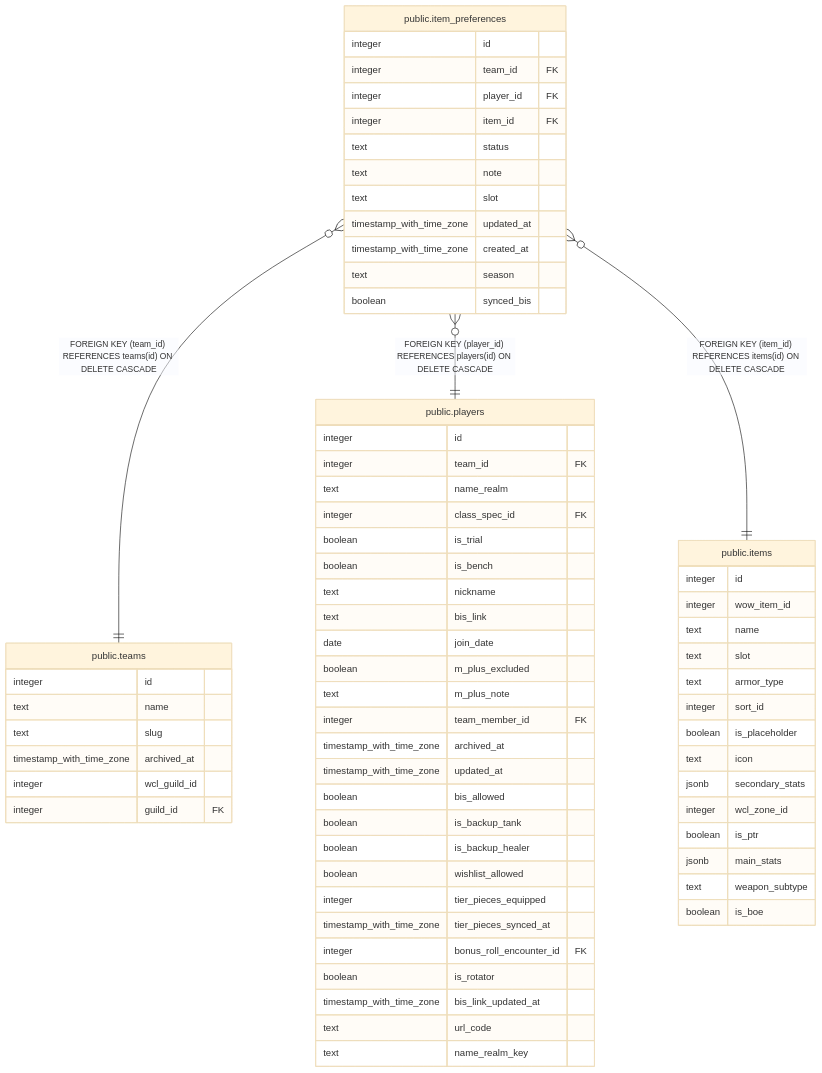
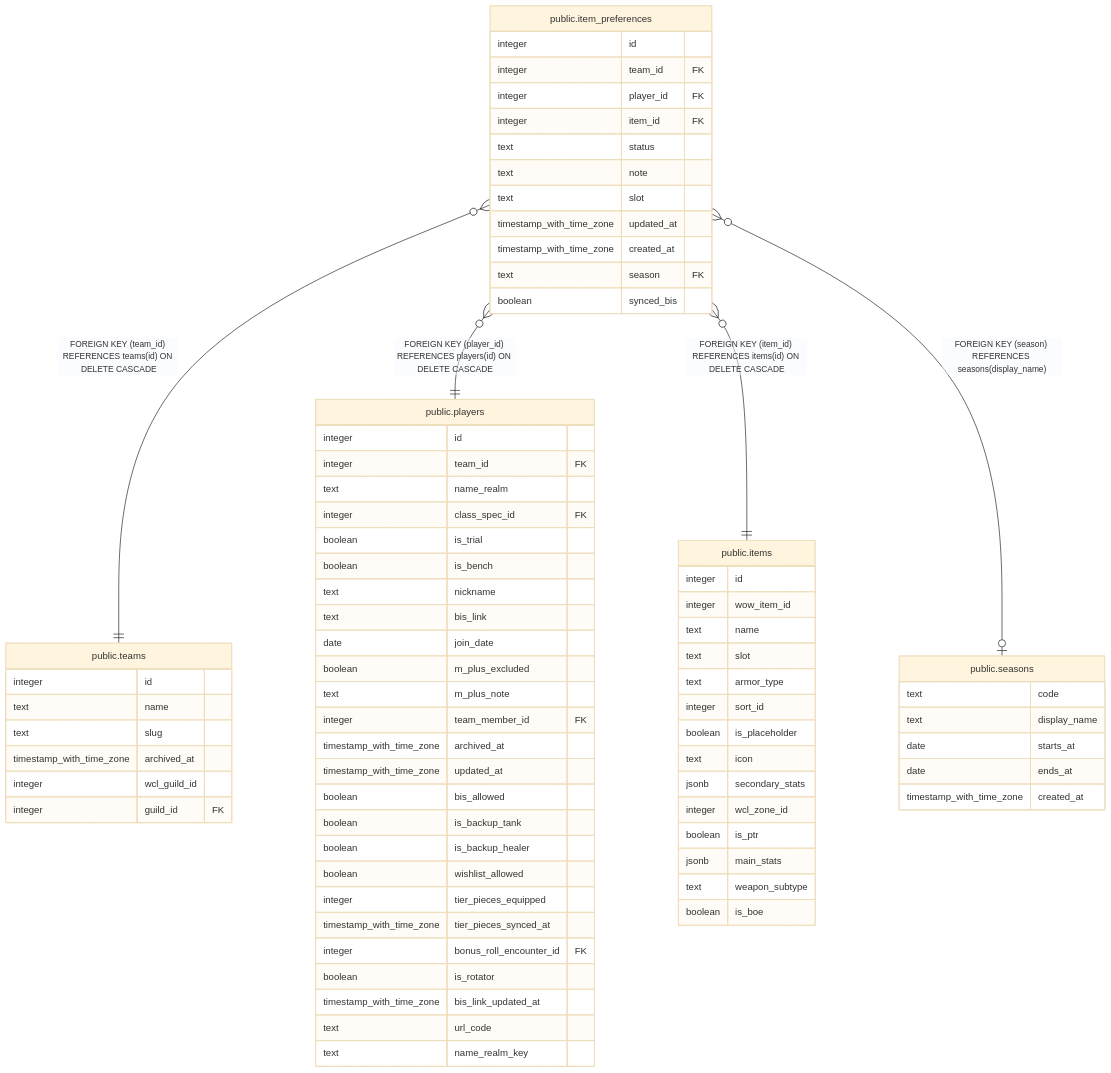
The diagram in dbdoc/public.item_preferences.md (katogaming88/WGA-Raid-Hub), drawn with Mermaid (base theme) before and after one commit. The commit also changed other lines of this file and 64 other files, not shown here.

First line of the commit message:
A seasons table, a foreign key on every season column, and the sync keeping the team's stamp (v3.123.0) (#1194)

````diff
--- a/dbdoc/public.item_preferences.md
+++ b/dbdoc/public.item_preferences.md
@@ -46,72 +47,80 @@
 ```mermaid
 erDiagram
 
 "public.item_preferences" }o--|| "public.teams" : "FOREIGN KEY (team_id) REFERENCES teams(id) ON DELETE CASCADE"
 "public.item_preferences" }o--|| "public.players" : "FOREIGN KEY (player_id) REFERENCES players(id) ON DELETE CASCADE"
 "public.item_preferences" }o--|| "public.items" : "FOREIGN KEY (item_id) REFERENCES items(id) ON DELETE CASCADE"
+"public.item_preferences" }o--o| "public.seasons" : "FOREIGN KEY (season) REFERENCES seasons(display_name)"
 
 "public.item_preferences" {
   integer id
   integer team_id FK
   integer player_id FK
   integer item_id FK
   text status
   text note
   text slot
   timestamp_with_time_zone updated_at
   timestamp_with_time_zone created_at
-  text season
+  text season FK
   boolean synced_bis
 }
 "public.teams" {
   integer id
   text name
   text slug
   timestamp_with_time_zone archived_at
   integer wcl_guild_id
   integer guild_id FK
 }
 "public.players" {
   integer id
   integer team_id FK
   text name_realm
   integer class_spec_id FK
   boolean is_trial
   boolean is_bench
   text nickname
   text bis_link
   date join_date
   boolean m_plus_excluded
   text m_plus_note
   integer team_member_id FK
   timestamp_with_time_zone archived_at
   timestamp_with_time_zone updated_at
   boolean bis_allowed
   boolean is_backup_tank
   boolean is_backup_healer
   boolean wishlist_allowed
   integer tier_pieces_equipped
   timestamp_with_time_zone tier_pieces_synced_at
   integer bonus_roll_encounter_id FK
   boolean is_rotator
   timestamp_with_time_zone bis_link_updated_at
   text url_code
   text name_realm_key
 }
 "public.items" {
   integer id
   integer wow_item_id
   text name
   text slot
   text armor_type
   integer sort_id
   boolean is_placeholder
   text icon
   jsonb secondary_stats
   integer wcl_zone_id
   boolean is_ptr
   jsonb main_stats
   text weapon_subtype
   boolean is_boe
 }
+"public.seasons" {
+  text code
+  text display_name
+  date starts_at
+  date ends_at
+  timestamp_with_time_zone created_at
+}
 ```
````
